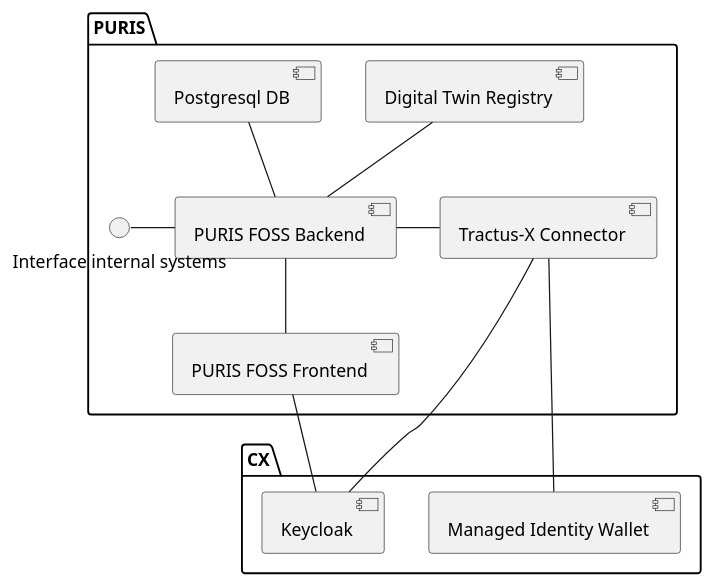
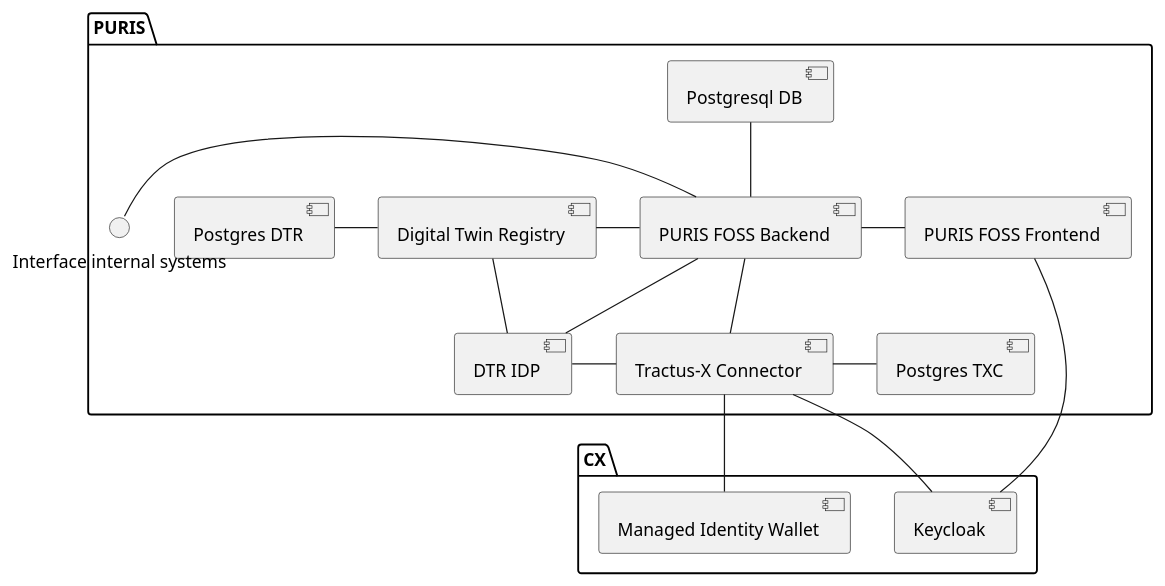
One commit to eclipse-tractusx/puris changed the diagram in docs/arc42/puml/07-deployment-argo.puml. Above: the diagram before and after it, drawn with PlantUML. The commit also changed 5 other files, not shown here.

```diff
--- a/docs/arc42/puml/07-deployment-argo.puml
+++ b/docs/arc42/puml/07-deployment-argo.puml
@@ -1,32 +1,40 @@
 @startuml
 
 
 package "PURIS"{
 
+  [Postgres TXC] as edc_pg
   [Tractus-X Connector] as edc
   [Digital Twin Registry] as dtr
+  [DTR IDP] as dtr_idp
+  [Postgres DTR] as dtr_pg
 
   [Postgresql DB] as postgres
   [PURIS FOSS Backend] as puris_backend
   [PURIS FOSS Frontend] as puris_frontend
 
-  puris_backend - edc
-  dtr -- puris_backend
+  puris_backend -- edc
+  edc - edc_pg
+  dtr_idp - edc
+  dtr - puris_backend
+  puris_backend -- dtr_idp
+  dtr_pg - dtr
+  dtr -- dtr_idp
   postgres -- puris_backend
   "Interface internal systems\n" - puris_backend
-  puris_backend -- puris_frontend
+  puris_backend - puris_frontend
 
 }
 
 package "CX" {
 
   [Keycloak] as keycloak
   [Managed Identity Wallet] as miw
 
 }
 
 edc -- keycloak
 edc -- miw
 puris_frontend -- keycloak
 
 @enduml
```
